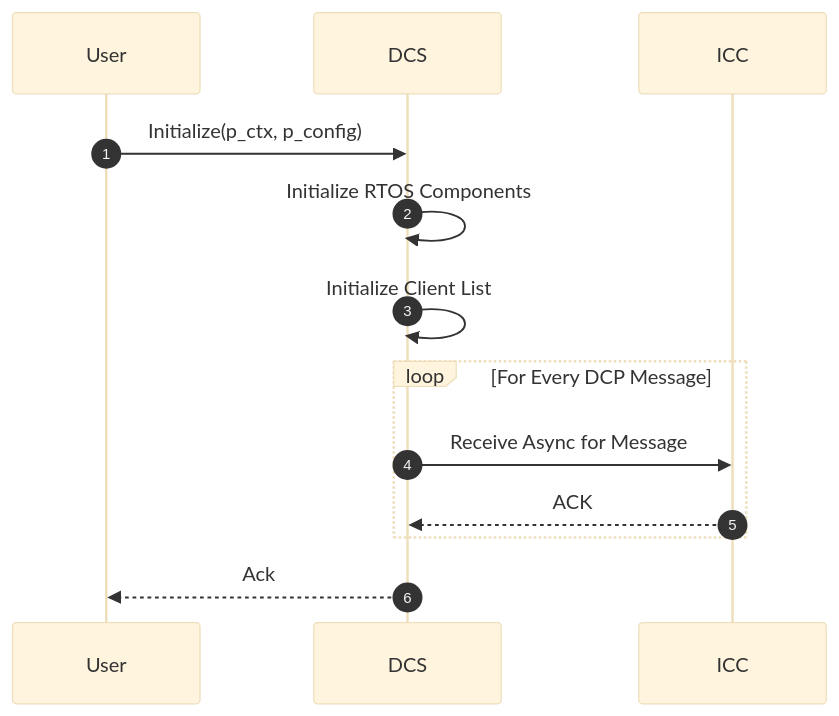
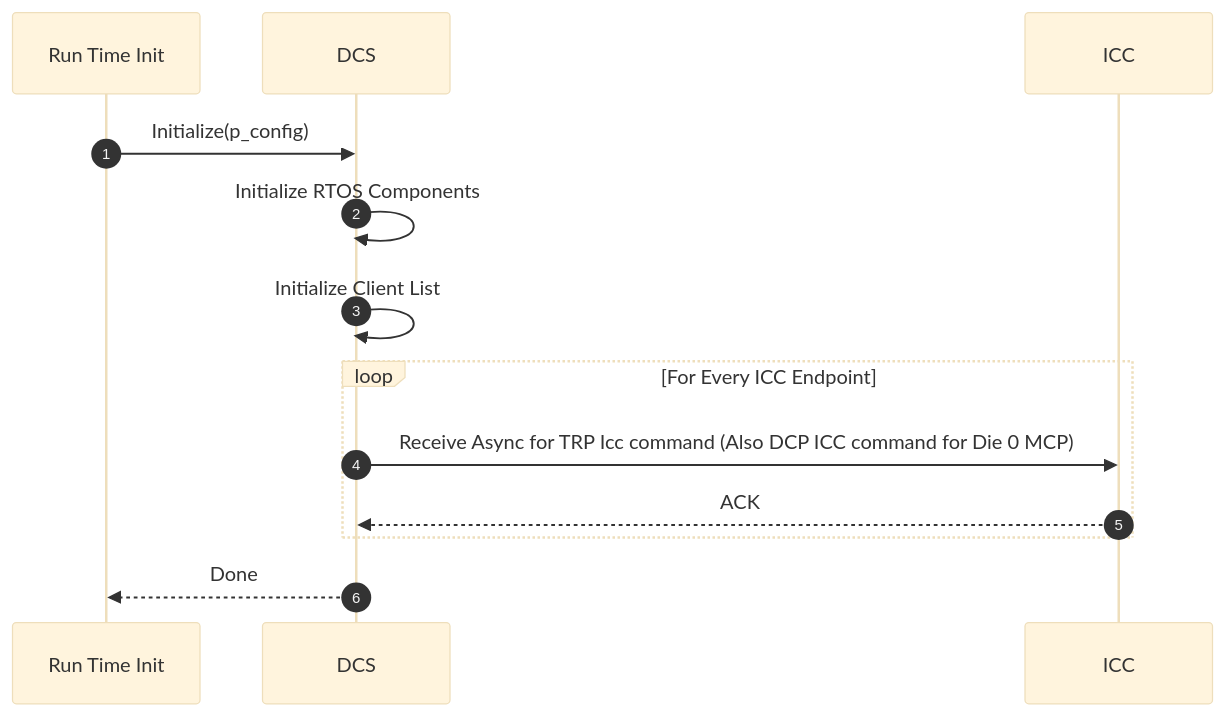
The first of 5 diagrams in docs/development/FirmwareDesign/data_collection.md (jivahire-com/cpp-thread-safe-cache), drawn with Mermaid (base theme) before and after one commit. The commit also changed other lines of this file and 27 other files, not shown here.

```diff
--- a/docs/development/FirmwareDesign/data_collection.md
+++ b/docs/development/FirmwareDesign/data_collection.md
@@ -88,19 +105,19 @@
 :::mermaid
 sequenceDiagram
     autonumber
 
-    participant User
+    participant RTI as Run Time Init
     participant DCS
     participant ICC
 
-    User ->> DCS: Initialize(p_ctx, p_config)
+    RTI ->> DCS: Initialize(p_config)
     DCS ->> DCS: Initialize RTOS Components
     DCS ->> DCS: Initialize Client List
-    
-    loop For Every DCP Message
-        DCS ->> ICC: Receive Async for Message
+
+    loop For Every ICC Endpoint
+        DCS ->> ICC: Receive Async for TRP Icc command (Also DCP ICC command for Die 0 MCP)
         ICC -->> DCS: ACK
     end
 
-    DCS -->> User: Ack
+    DCS -->> RTI: Done
 :::
```
